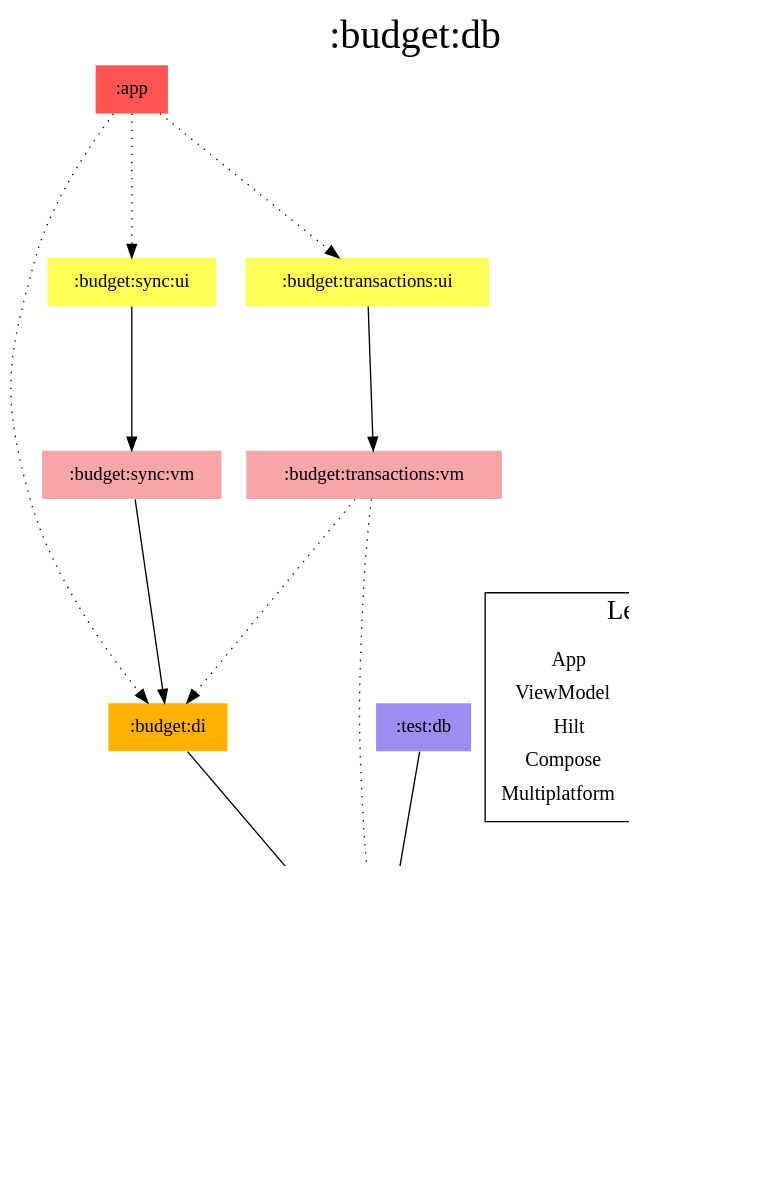
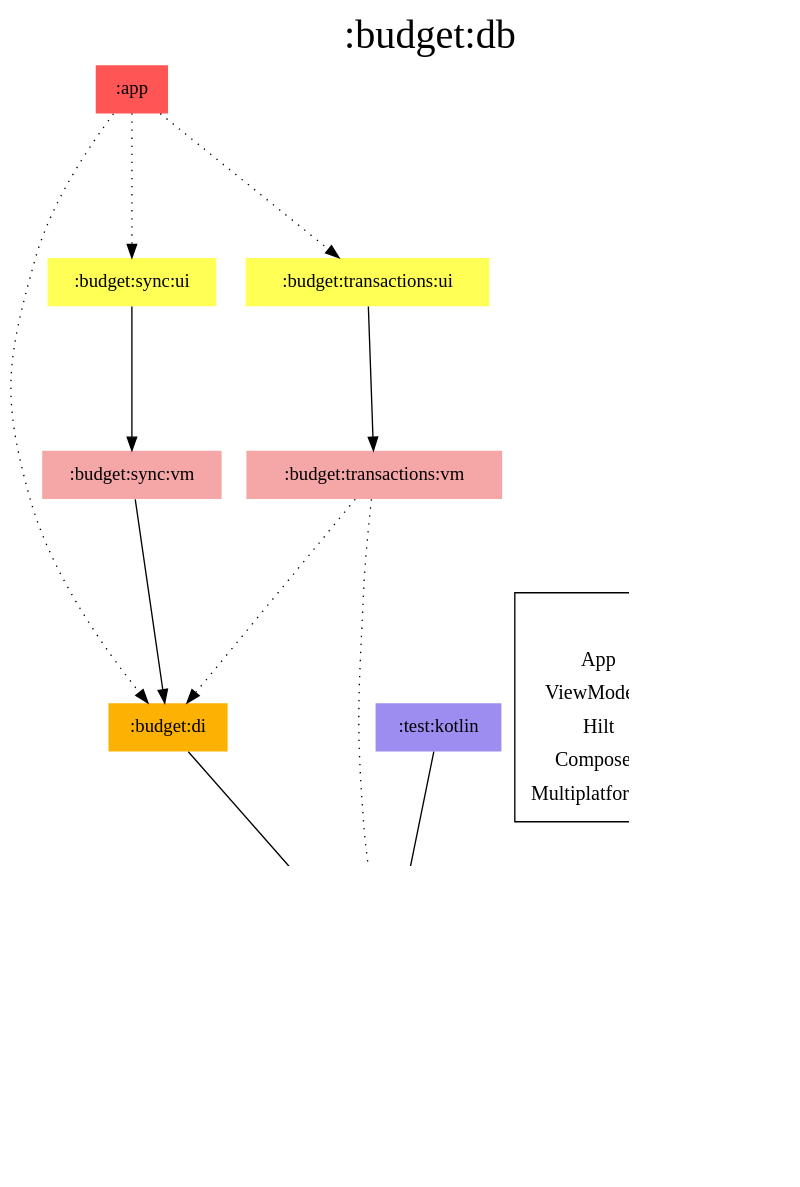
The diagram in modules/budget/db/modules.dot (jonapoul/aktual), drawn with Graphviz before and after one commit. The commit also changed 88 other files, not shown here.

```diff
--- a/modules/budget/db/modules.dot
+++ b/modules/budget/db/modules.dot
@@ -1,45 +1,45 @@
 digraph {
 edge ["dir"="forward"]
 graph ["dpi"="100","label"=":budget:db","labelloc"="t","fontsize"="30","ranksep"="1.5","rankdir"="TB"]
 node ["style"="filled"]
 ":app" ["fillcolor"="#FF5555","shape"="none"]
 ":budget:db" ["fillcolor"="#9D8DF1","color"="black","penwidth"="3","shape"="box"]
 ":budget:di" ["fillcolor"="#FCB103","shape"="none"]
 ":budget:model" ["fillcolor"="#9D8DF1","shape"="none"]
 ":budget:sync:ui" ["fillcolor"="#FFFF55","shape"="none"]
 ":budget:sync:vm" ["fillcolor"="#F5A6A6","shape"="none"]
 ":budget:transactions:ui" ["fillcolor"="#FFFF55","shape"="none"]
 ":budget:transactions:vm" ["fillcolor"="#F5A6A6","shape"="none"]
 ":core:model" ["fillcolor"="#9D8DF1","shape"="none"]
-":test:db" ["fillcolor"="#9D8DF1","shape"="none"]
+":test:kotlin" ["fillcolor"="#9D8DF1","shape"="none"]
 {
 edge ["dir"="none"]
 graph ["rank"="same"]
 ":budget:db"
 }
 ":app" -> ":budget:di" ["style"="dotted"]
 ":app" -> ":budget:sync:ui" ["style"="dotted"]
 ":app" -> ":budget:transactions:ui" ["style"="dotted"]
 ":budget:db" -> ":budget:model"
 ":budget:db" -> ":core:model"
 ":budget:di" -> ":budget:db"
 ":budget:sync:ui" -> ":budget:sync:vm"
 ":budget:sync:vm" -> ":budget:di"
 ":budget:transactions:ui" -> ":budget:transactions:vm"
 ":budget:transactions:vm" -> ":budget:db" ["style"="dotted"]
 ":budget:transactions:vm" -> ":budget:di" ["style"="dotted"]
-":test:db" -> ":budget:db"
+":test:kotlin" -> ":budget:db"
 subgraph "cluster_legend" {
 edge ["dir"="none"]
 graph ["label"="Legend","fontsize"="20"]
 "Legend" ["style"="filled","fillcolor"="#FFFFFF","shape"="none","margin"="0","fontsize"="15","label"=<
 <TABLE BORDER="0" CELLBORDER="0" CELLSPACING="0" CELLPADDING="4">
 <TR><TD>App</TD><TD BGCOLOR="#FF5555">module-name</TD></TR>
 <TR><TD>ViewModel</TD><TD BGCOLOR="#F5A6A6">module-name</TD></TR>
 <TR><TD>Hilt</TD><TD BGCOLOR="#FCB103">module-name</TD></TR>
 <TR><TD>Compose</TD><TD BGCOLOR="#FFFF55">module-name</TD></TR>
 <TR><TD>Multiplatform</TD><TD BGCOLOR="#9D8DF1">module-name</TD></TR>
 </TABLE>
 >]
 } -> ":budget:db" ["style"="invis"]
 }
```
